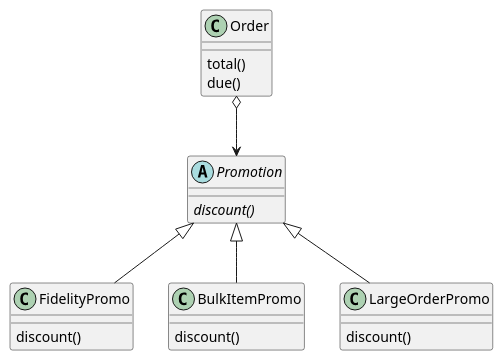
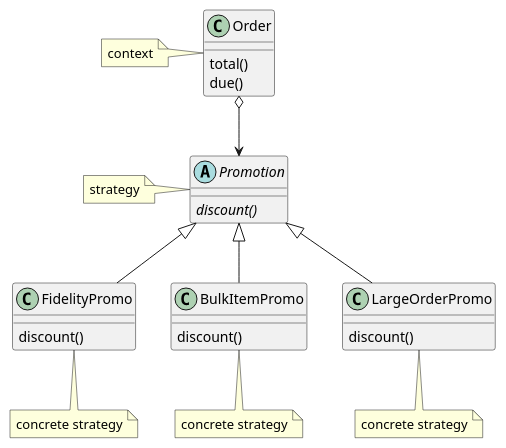
The diagram in plant/008-strategy-python.plantuml (harrifeng/svg-in-action), drawn with PlantUML before and after one commit.

```diff
--- a/plant/008-strategy-python.plantuml
+++ b/plant/008-strategy-python.plantuml
@@ -1,22 +1,28 @@
 Order o--> Promotion
 
 class Order {
       {method} total()
       {method} due()
 }
+note left: context
 
 abstract class Promotion {
       {abstract} {method} discount()
 }
+note left: strategy
 
 class FidelityPromo extends Promotion {
       {method} discount()
 }
 
 class BulkItemPromo extends Promotion {
       {method} discount()
 }
 
 class LargeOrderPromo extends Promotion {
       {method} discount()
 }
+
+note bottom of FidelityPromo : concrete strategy
+note bottom of BulkItemPromo : concrete strategy
+note bottom of LargeOrderPromo : concrete strategy
```
